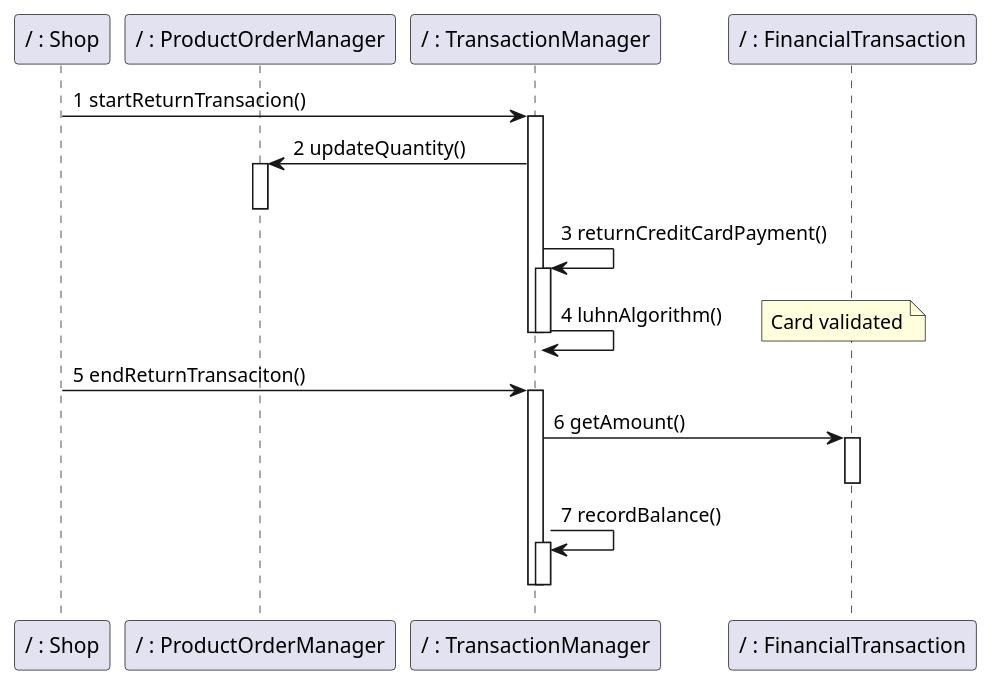
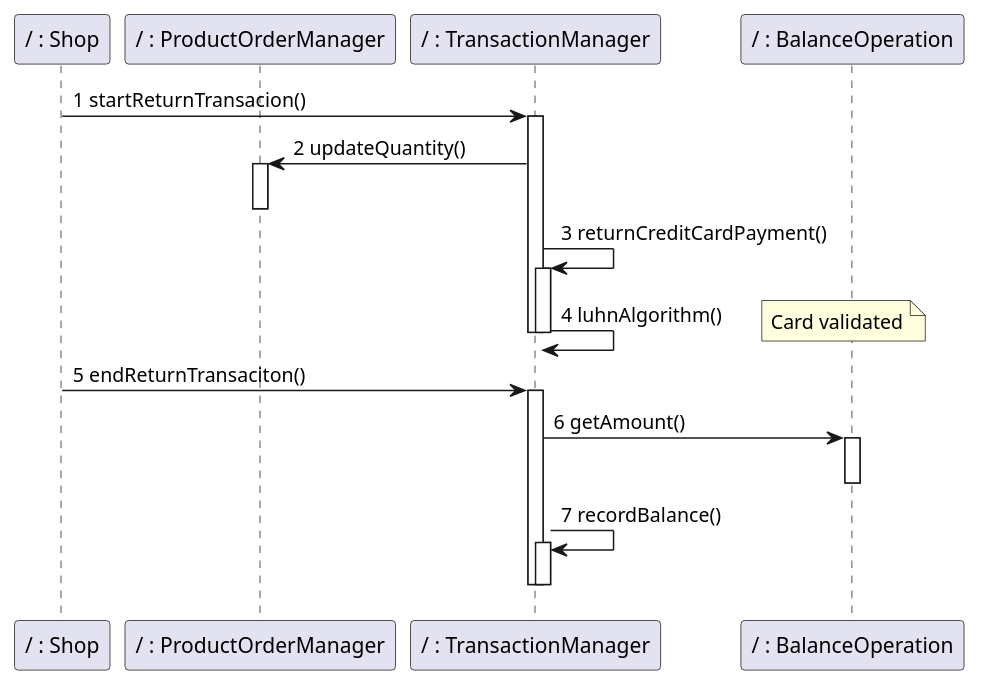
One commit to nicolabattaglino/ezshop changed diagram 14 of 18 in Deliverables/DesignDocument.md. Above: the diagram before and after it, drawn with PlantUML. The commit also changed other lines of this file, not shown here.

Commit message:
change finantial to balance operation

````diff
--- a/Deliverables/DesignDocument.md
+++ b/Deliverables/DesignDocument.md
@@ -821,29 +821,29 @@
 ```plantuml
 @startuml
 
 participant "/ : Shop" as Shop
 participant "/ : ProductOrderManager" as ProductOrderManager
 participant "/ : TransactionManager" as TransactionManager
-participant "/ : FinancialTransaction" as FinancialTransaction
+participant "/ : BalanceOperation" as BalanceOperation
 Shop -> TransactionManager:1 startReturnTransacion()
 activate TransactionManager
 TransactionManager -> ProductOrderManager:2 updateQuantity()
 activate ProductOrderManager
 deactivate ProductOrderManager
 TransactionManager -> TransactionManager:3 returnCreditCardPayment()
 activate TransactionManager
 TransactionManager -> TransactionManager:4 luhnAlgorithm()
 note right: Card validated
 deactivate TransactionManager 
 deactivate TransactionManager 
 Shop -> TransactionManager:5 endReturnTransaciton()
 activate TransactionManager
-TransactionManager-> FinancialTransaction:6 getAmount()
-activate FinancialTransaction
-deactivate FinancialTransaction
+TransactionManager-> BalanceOperation:6 getAmount()
+activate BalanceOperation
+deactivate BalanceOperation
 TransactionManager -> TransactionManager:7 recordBalance() 
 activate TransactionManager
 deactivate TransactionManager
 deactivate TransactionManager 
 @enduml
 ```
````
